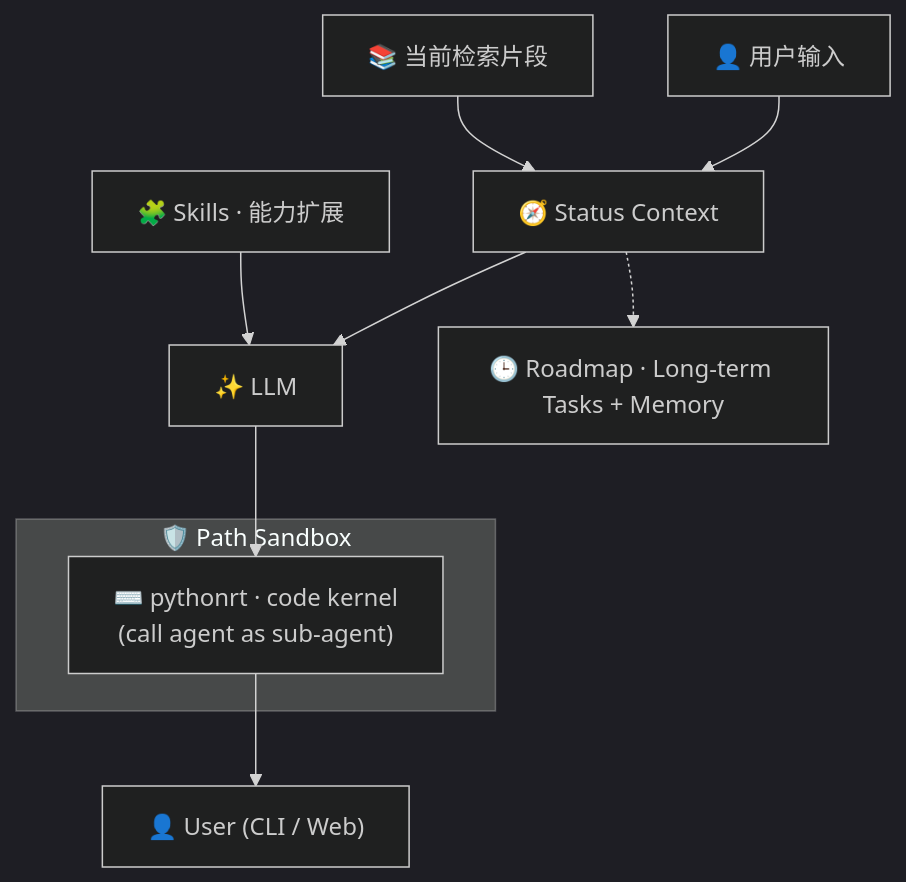
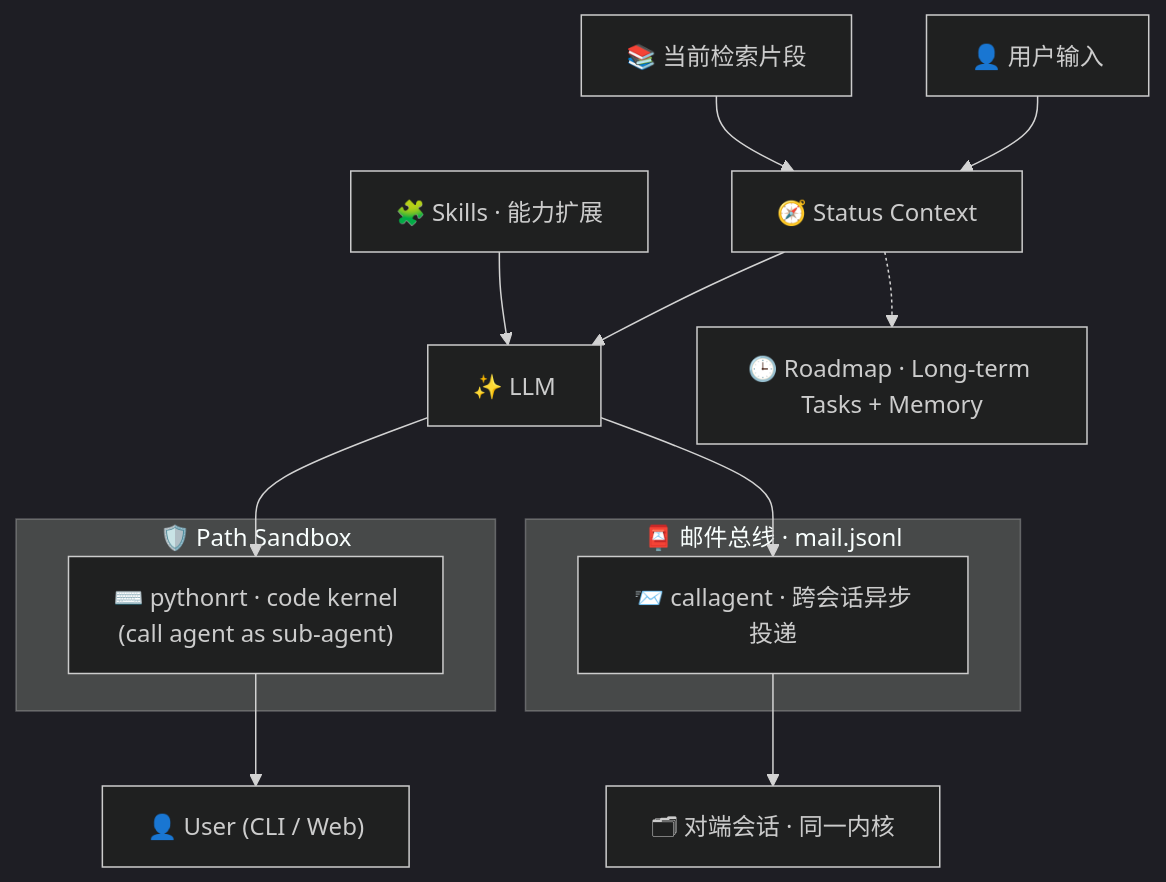
Before and after one commit to xtudbxk/XKAgent: the first of 2 diagrams in README.zh-CN.md, drawn with Mermaid (dark theme). The commit also changed other lines of this file and 28 other files, not shown here.

````diff
--- a/README.zh-CN.md
+++ b/README.zh-CN.md
@@ -72,13 +77,18 @@
 ```mermaid
 flowchart TB
     Input["👤 用户输入"] --> Status["🧭 Status Context"]
     RAG["📚 当前检索片段"] --> Status
     Status --> LLM["✨ LLM"]
     Skills["🧩 Skills · 能力扩展"] --> LLM
     subgraph Sandbox["🛡️ Path Sandbox"]
         Pythonrt["⌨️ pythonrt · code kernel\n(call agent as sub-agent)"]
     end
+    subgraph Mail["📮 邮件总线 · mail.jsonl"]
+        Callagent["📨 callagent · 跨会话异步投递"]
+    end
     LLM --> Pythonrt
+    LLM --> Callagent
+    Callagent --> Peer["🗂 对端会话 · 同一内核"]
+    Pythonrt --> User["👤 User (CLI / Web)"]
     Status -.-> Future["🕒 Roadmap · Long-term Tasks + Memory"]
-    Pythonrt --> User["👤 User (CLI / Web)"]
 ```
````
